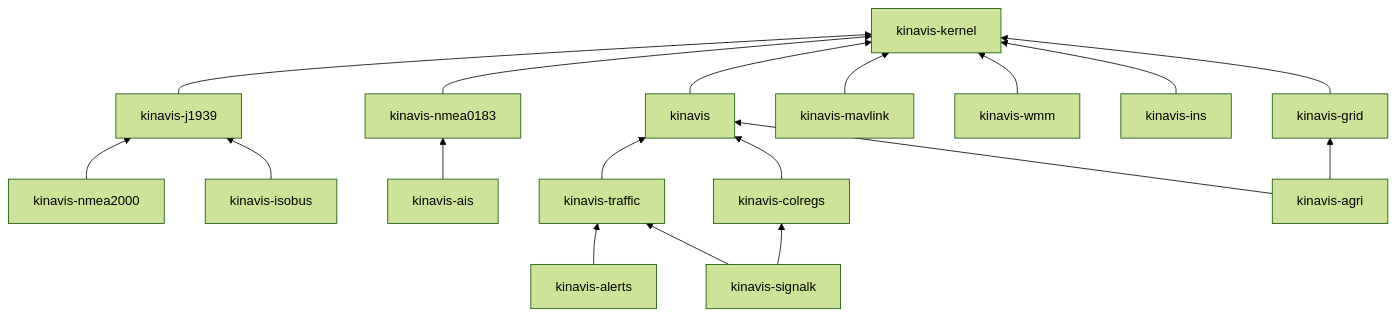
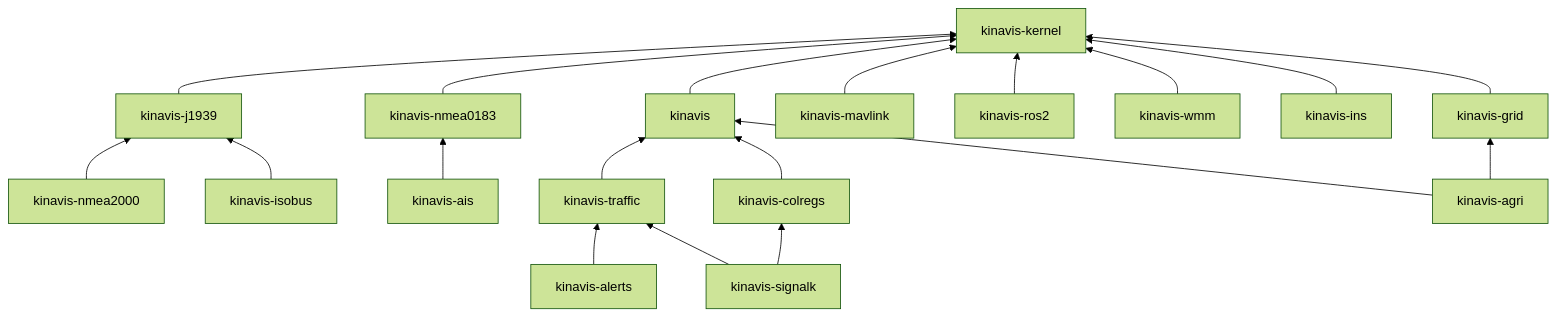
The diagram in README.md (KINAVIS/kinavis), drawn with Mermaid (forest theme) before and after one commit. The commit also changed other lines of this file and 16 other files, not shown here.

First line of the commit message:
feat(ros2): kinavis-ros2 0.1.0, the messages of a ROS 2 navigation node in ROS frames (#27)

````diff
--- a/README.md
+++ b/README.md
@@ -71,21 +71,22 @@
 ```mermaid
 graph BT
     kernel[kinavis-kernel]
     kinavis --> kernel
     nmea0183[kinavis-nmea0183] --> kernel
     j1939[kinavis-j1939] --> kernel
     nmea2000[kinavis-nmea2000] --> j1939
     isobus[kinavis-isobus] --> j1939
     mavlink[kinavis-mavlink] --> kernel
+    ros2[kinavis-ros2] --> kernel
     wmm[kinavis-wmm] --> kernel
     ins[kinavis-ins] --> kernel
     ais[kinavis-ais] --> nmea0183
     traffic[kinavis-traffic] --> kinavis
     colregs[kinavis-colregs] --> kinavis
     grid[kinavis-grid] --> kernel
     agri[kinavis-agri] --> kinavis
     agri --> grid
     alerts[kinavis-alerts] --> traffic
     signalk[kinavis-signalk] --> traffic
     signalk --> colregs
 ```
````
